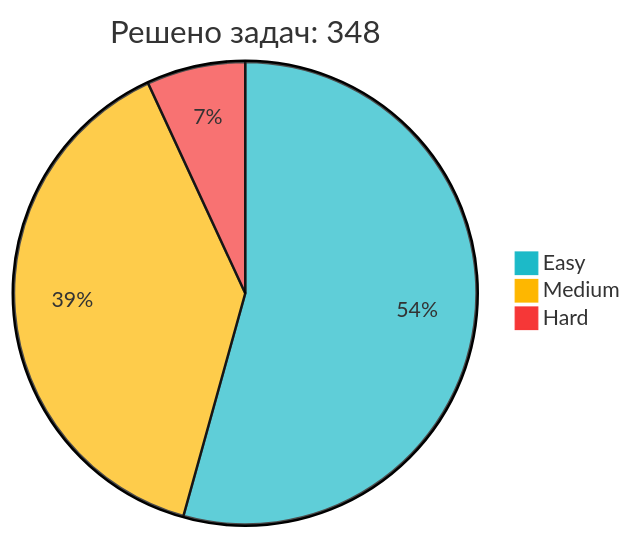
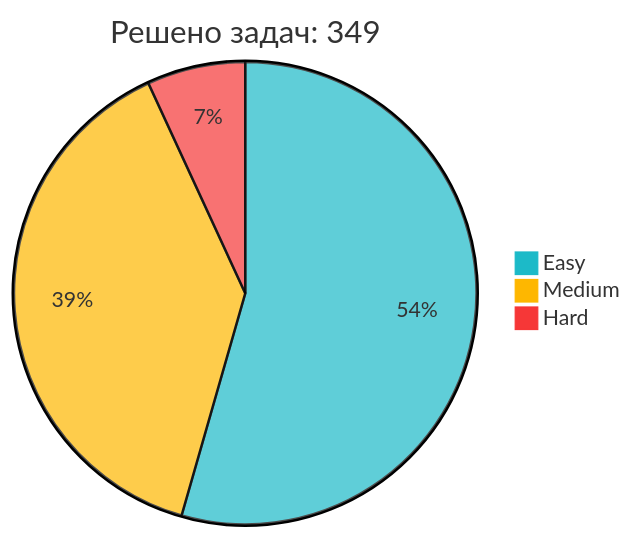
Before and after one commit to IliaKurdukov/IliaKurdukov: the diagram in README.md, drawn with Mermaid. The commit also changed other lines of this file, not shown here.

Commit message:
📈 Обновление статистики LeetCode

````diff
--- a/README.md
+++ b/README.md
@@ -51,7 +51,7 @@
 ```mermaid
 %%{init: {'theme': 'base', 'themeVariables': { 'pie1': '#1CBAC8', 'pie2': '#FEB700', 'pie3': '#F63737' }, 'config': {'width': 300, 'height': 200}}}%%
-pie title Решено задач: 348
-   "Easy" : 189
+pie title Решено задач: 349
+   "Easy" : 190
    "Medium" : 135
    "Hard" : 24
 ```
````
